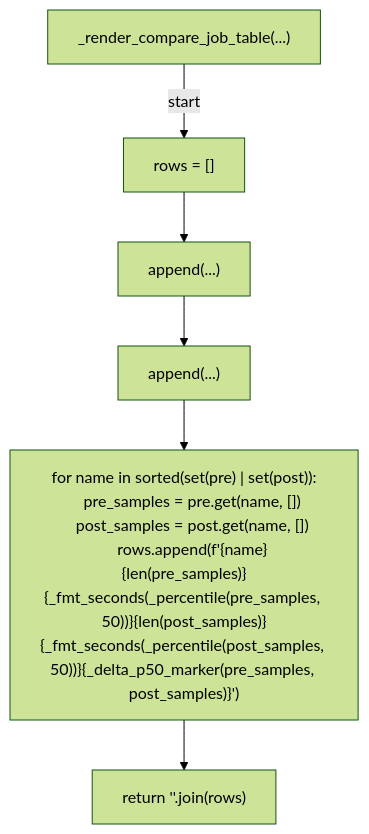
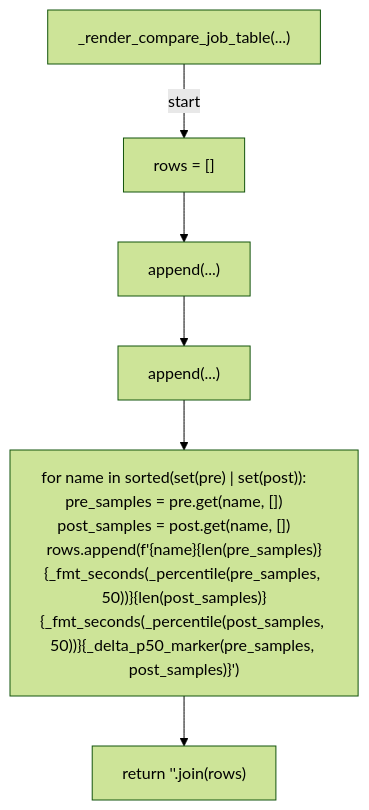
Before and after one commit to tvna/claude-md: diagram 15 of 25 in docs/generated/scripts/ast/analyze_ci_timings.md, drawn with Mermaid (forest theme). The commit also changed other lines of this file and 20 other files, not shown here.

First line of the commit message:
docs(generated): regenerate decision tree and workflow diagrams (batch 1/5)

````diff
--- a/docs/generated/scripts/ast/analyze_ci_timings.md
+++ b/docs/generated/scripts/ast/analyze_ci_timings.md
@@ -345,17 +265,14 @@
 ```mermaid
 flowchart TD
     N001["_render_compare_job_table(...)"]
     N002["rows = []"]
     N003["append(...)"]
     N004["append(...)"]
-    N005["for name in sorted(set(pre) | set(post)):
-    pre_samples = pre.get(name, [])
-    post_samples = post.get(name, [])
-    rows.append(f'<str>{name}<str>{len(pre_samples)}<str>{_fmt_seconds(_percentile(pre_samples, 50))}<str>{len(post_samples)}<str>{_fmt_seconds(_percentile(post_samples, 50))}<str>{_delta_p50_marker(pre_samples, post_samples)}<str>')"]
+    N005["for name in sorted(set(pre) | set(post)):     pre_samples = pre.get(name, [])     post_samples = post.get(name, [])     rows.append(f'<str>{name}<str>{len(pre_samples)}<str>{_fmt_seconds(_percentile(pre_samples, 50))}<str>{len(post_samples)}<str>{_fmt_seconds(_percentile(post_samples, 50))}<str>{_delta_p50_marker(pre_samples, post_samples)}<str>')"]
     N006["return '<str>'.join(rows)"]
     N001 -->|"start"| N002
     N002 --> N003
     N003 --> N004
     N004 --> N005
     N005 --> N006
 ```
````
